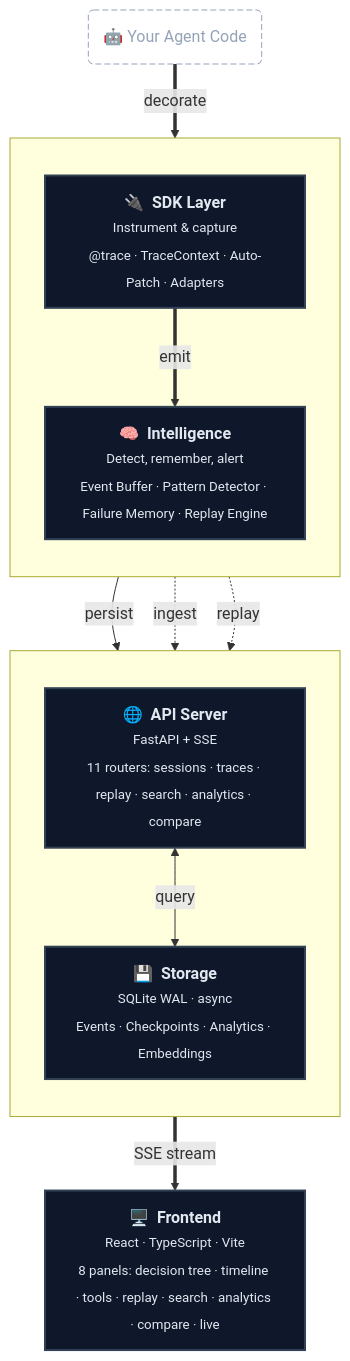
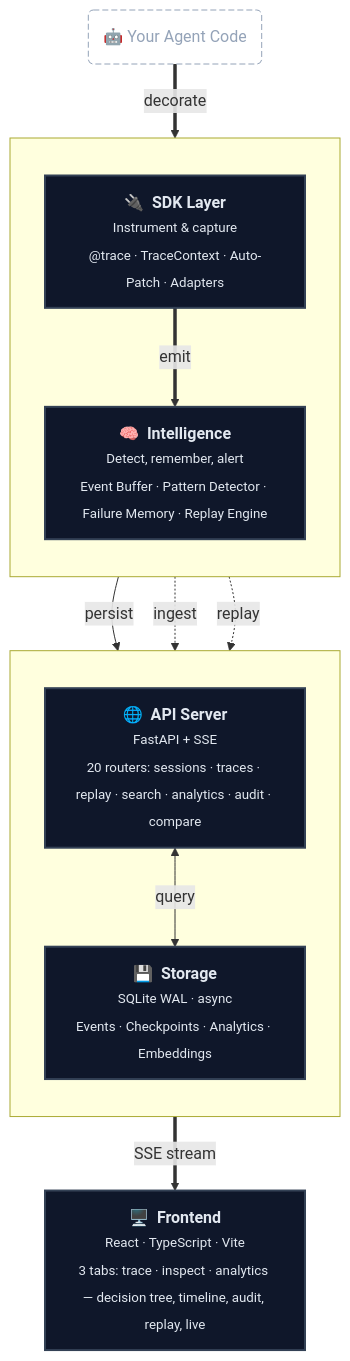
One commit to acailic/agent_debugger changed the first of 2 diagrams in README.md. Above: the diagram before and after it, drawn with Mermaid. The commit also changed other lines of this file and 13 other files, not shown here.

````diff
--- a/README.md
+++ b/README.md
@@ -272,29 +284,29 @@
 ```mermaid
 flowchart TB
     classDef layer fill:#0f172a,stroke:#334155,color:#e2e8f0,stroke-width:2px
     classDef ext fill:none,stroke:#94a3b8,stroke-dasharray:6 3,color:#94a3b8
 
     AGENT("🤖  Your Agent Code"):::ext
 
     subgraph RUNTIME[" "]
         direction TB
         SDK["<b>🔌  SDK Layer</b><br/><small>Instrument & capture</small><br/><sub>@trace · TraceContext · Auto-Patch · Adapters</sub>"]:::layer
         INTEL["<b>🧠  Intelligence</b><br/><small>Detect, remember, alert</small><br/><sub>Event Buffer · Pattern Detector · Failure Memory · Replay Engine</sub>"]:::layer
     end
 
     subgraph SERVER[" "]
         direction TB
-        API["<b>🌐  API Server</b><br/><small>FastAPI + SSE</small><br/><sub>11 routers: sessions · traces · replay · search · analytics · compare</sub>"]:::layer
+        API["<b>🌐  API Server</b><br/><small>FastAPI + SSE</small><br/><sub>20 routers: sessions · traces · replay · search · analytics · audit · compare</sub>"]:::layer
         STORE["<b>💾  Storage</b><br/><small>SQLite WAL · async</small><br/><sub>Events · Checkpoints · Analytics · Embeddings</sub>"]:::layer
     end
 
-    UI["<b>🖥️  Frontend</b><br/><small>React · TypeScript · Vite</small><br/><sub>8 panels: decision tree · timeline · tools · replay · search · analytics · compare · live</sub>"]:::layer
+    UI["<b>🖥️  Frontend</b><br/><small>React · TypeScript · Vite</small><br/><sub>3 tabs: trace · inspect · analytics — decision tree, timeline, audit, replay, live</sub>"]:::layer
 
     AGENT ==>|"decorate"| SDK
     SDK ==>|"emit"| INTEL
     INTEL -->|"persist"| STORE
     SDK -.->|"ingest"| API
     API <-->|"query"| STORE
     API ==>|"SSE stream"| UI
     INTEL -.->|"replay"| API
 ```
````
